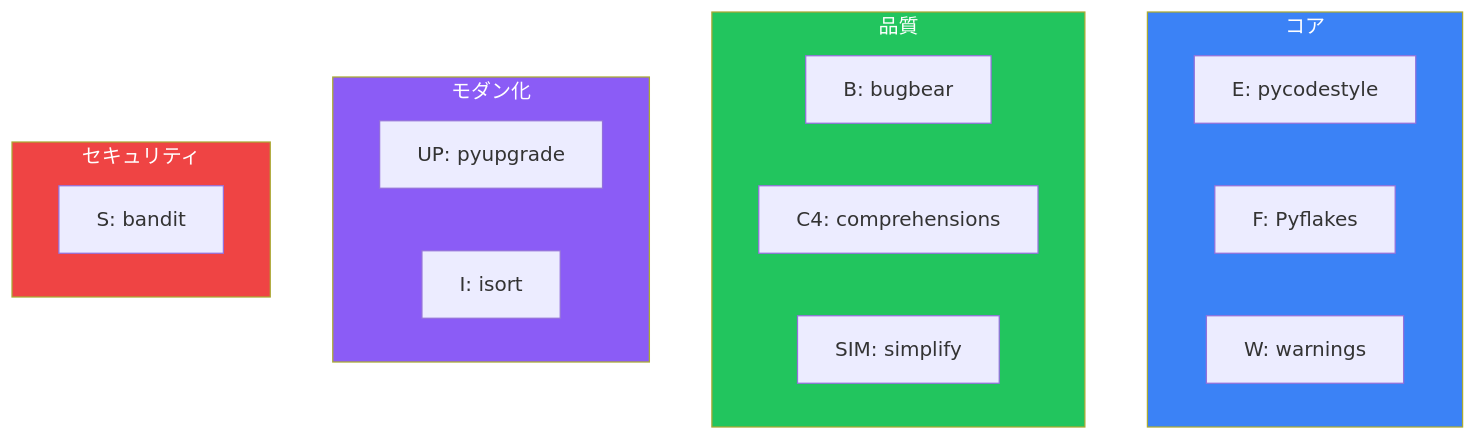
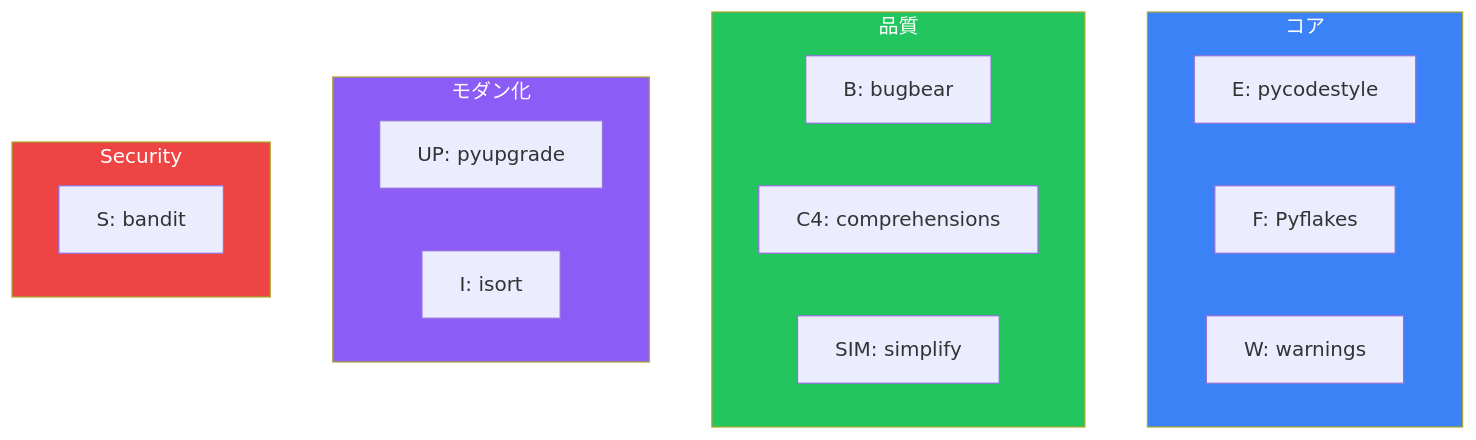
Before and after one commit to shunkus/shunku.net: the diagram in content/blog/ja/python-ruff.md, drawn with Mermaid. The commit also changed other lines of this file and 56 other files, not shown here.

````diff
--- a/content/blog/ja/python-ruff.md
+++ b/content/blog/ja/python-ruff.md
@@ -145,28 +145,28 @@
 ```mermaid
 flowchart TB
     subgraph Core["コア"]
         E["E: pycodestyle"]
         F["F: Pyflakes"]
         W["W: warnings"]
     end
 
     subgraph Quality["品質"]
         B["B: bugbear"]
         C4["C4: comprehensions"]
         SIM["SIM: simplify"]
     end
 
     subgraph Modern["モダン化"]
         UP["UP: pyupgrade"]
         I["I: isort"]
     end
 
-    subgraph Security["セキュリティ"]
+    subgraph Security["Security"]
         S["S: bandit"]
     end
 
     style Core fill:#3b82f6,color:#fff
     style Quality fill:#22c55e,color:#fff
     style Modern fill:#8b5cf6,color:#fff
     style Security fill:#ef4444,color:#fff
 ```
````
